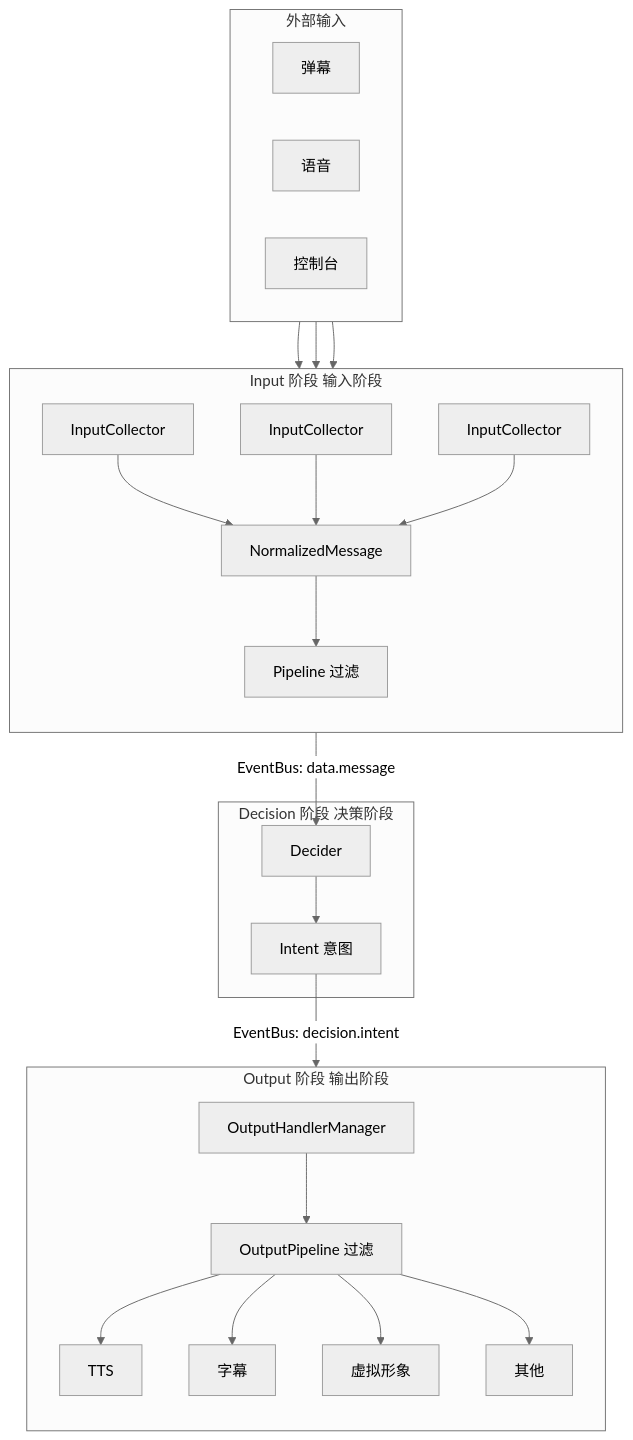
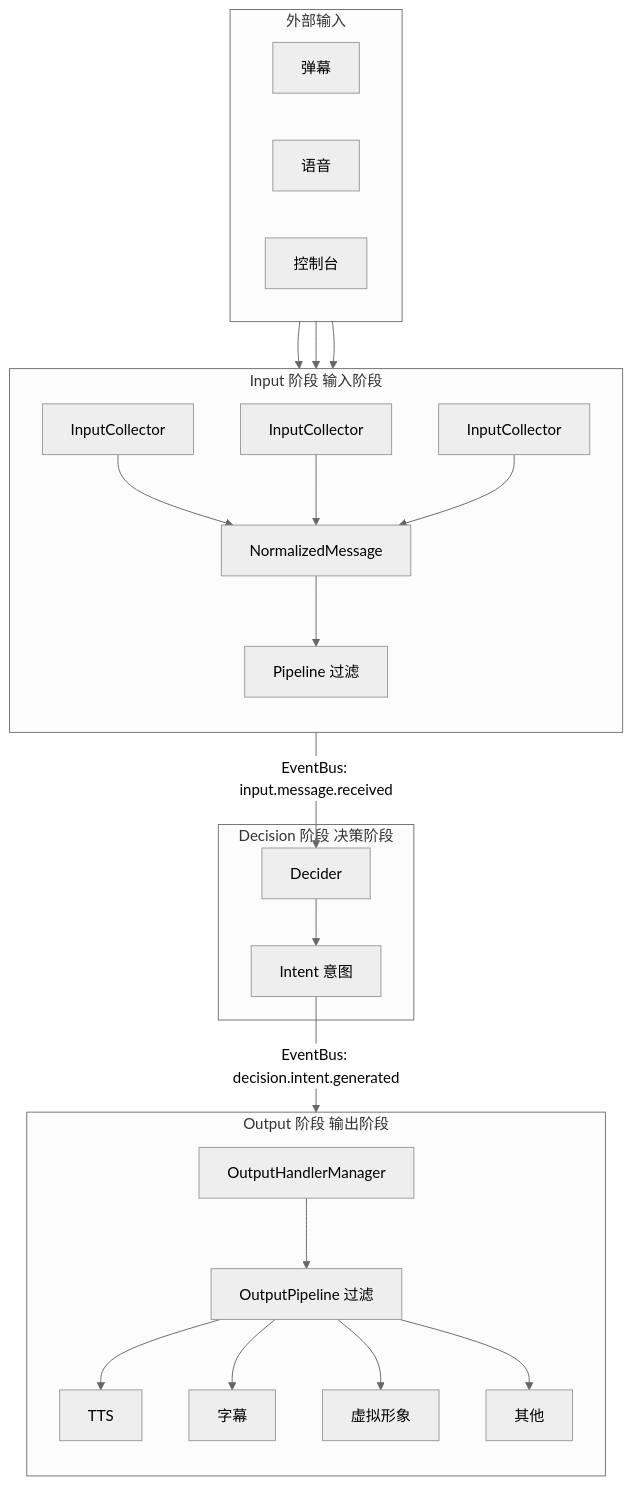
Before and after one commit to Mai-with-u/Amaidesu: the first of 3 diagrams in docs/architecture/overview.md, drawn with Mermaid (neutral theme). The commit also changed other lines of this file and 4 other files, not shown here.

````diff
--- a/docs/architecture/overview.md
+++ b/docs/architecture/overview.md
@@ -7,48 +7,48 @@
 ```mermaid
 flowchart TB
     subgraph External["外部输入"]
         Danmaku["弹幕"]
         Voice["语音"]
         Console["控制台"]
     end
 
     subgraph InputStage["Input 阶段 输入阶段"]
         direction TB
         IP1[InputCollector]
         IP2[InputCollector]
         IP3[InputCollector]
         NM[NormalizedMessage]
         Pipeline[Pipeline 过滤]
     end
 
     subgraph DecisionStage["Decision 阶段 决策阶段"]
         DP[Decider]
         Intent[Intent 意图]
     end
 
     subgraph OutputStage["Output 阶段 输出阶段"]
         direction TB
         OPM[OutputHandlerManager]
         OPipeline[OutputPipeline 过滤]
         OP1[TTS]
         OP2[字幕]
         OP3[虚拟形象]
         OP4[其他]
     end
 
     External --> IP1
     External --> IP2
     External --> IP3
     IP1 --> NM
     IP2 --> NM
     IP3 --> NM
     NM --> Pipeline
-    Pipeline -->|"EventBus: data.message"| DP
+    Pipeline -->|"EventBus: input.message.received"| DP
     DP --> Intent
-    Intent -->|"EventBus: decision.intent"| OPM
+    Intent -->|"EventBus: decision.intent.generated"| OPM
     OPM --> OPipeline
     OPipeline --> OP1
     OPipeline --> OP2
     OPipeline --> OP3
     OPipeline --> OP4
 ```
````
